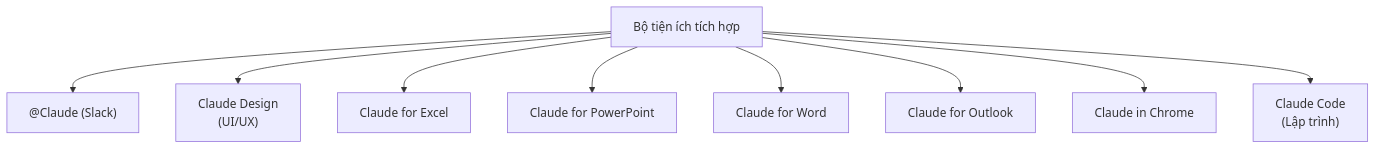
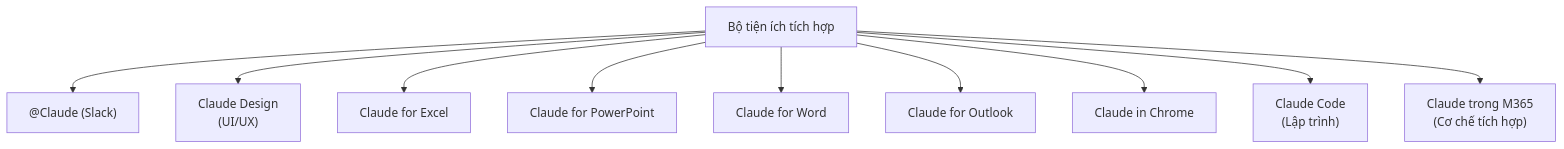
One commit to nthoang1996/claude-knowledge changed the diagram in Claude Ecosystem/Bộ tiện ích tích hợp.md. Above: the diagram before and after it, drawn with Mermaid. The commit also changed other lines of this file and 5 other files, not shown here.

````diff
--- a/Claude Ecosystem/Bộ tiện ích tích hợp.md
+++ b/Claude Ecosystem/Bộ tiện ích tích hợp.md
@@ -14,11 +14,12 @@
 ```mermaid
 graph TD
     C["Bộ tiện ích tích hợp"] --> C1["@Claude (Slack)"]
     C --> C2["Claude Design<br/>(UI/UX)"]
     C --> C3["Claude for Excel"]
     C --> C4["Claude for PowerPoint"]
     C --> C5["Claude for Word"]
     C --> C6["Claude for Outlook"]
     C --> C7["Claude in Chrome"]
     C --> C8["Claude Code<br/>(Lập trình)"]
+    C --> C9["Claude trong M365<br/>(Cơ chế tích hợp)"]
 ```
````
